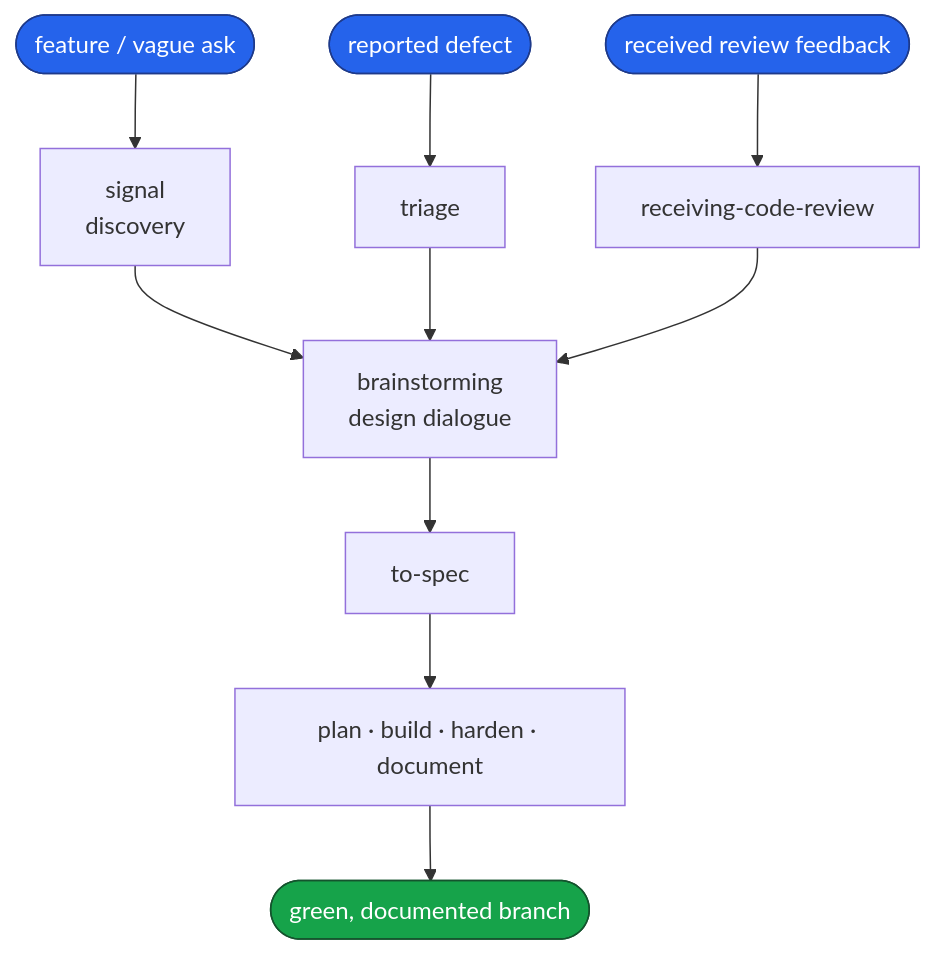
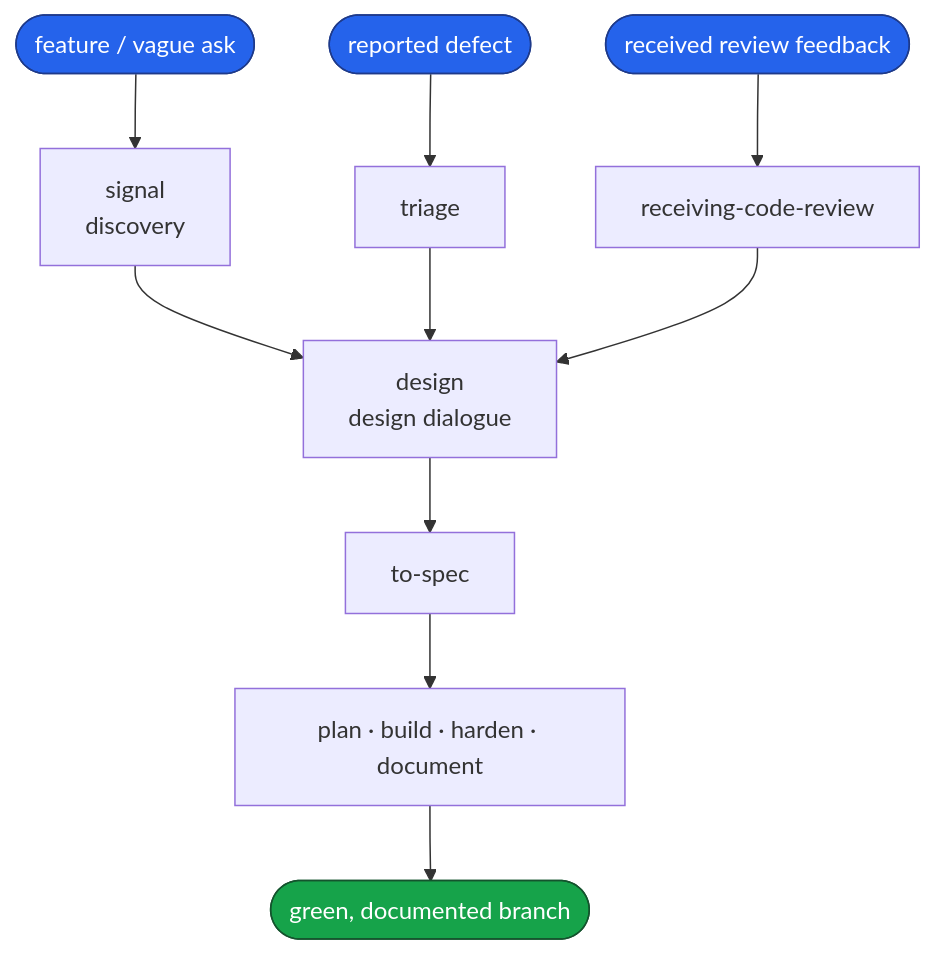
One commit to dashworthy/engineering changed the first of 6 diagrams in README.md. Above: the diagram before and after it, drawn with Mermaid. The commit also changed other lines of this file and 33 other files, not shown here.

````diff
--- a/README.md
+++ b/README.md
@@ -39,17 +39,17 @@
 ```mermaid
 flowchart TD
     classDef entry fill:#2563eb,stroke:#1e3a8a,color:#fff
     classDef done fill:#16a34a,stroke:#14532d,color:#fff
 
     F(["feature / vague ask"]):::entry --> SIG["signal<br/>discovery"]
     D(["reported defect"]):::entry --> TRI["triage"]
     R(["received review feedback"]):::entry --> RCR["receiving-code-review"]
 
-    SIG --> DES["brainstorming<br/>design dialogue"]
+    SIG --> DES["design<br/>design dialogue"]
     TRI --> DES
     RCR --> DES
 
     DES --> SPEC["to-spec"]
     SPEC --> BB["plan · build · harden · document"]
     BB --> DONE(["green, documented branch"]):::done
 ```
````
